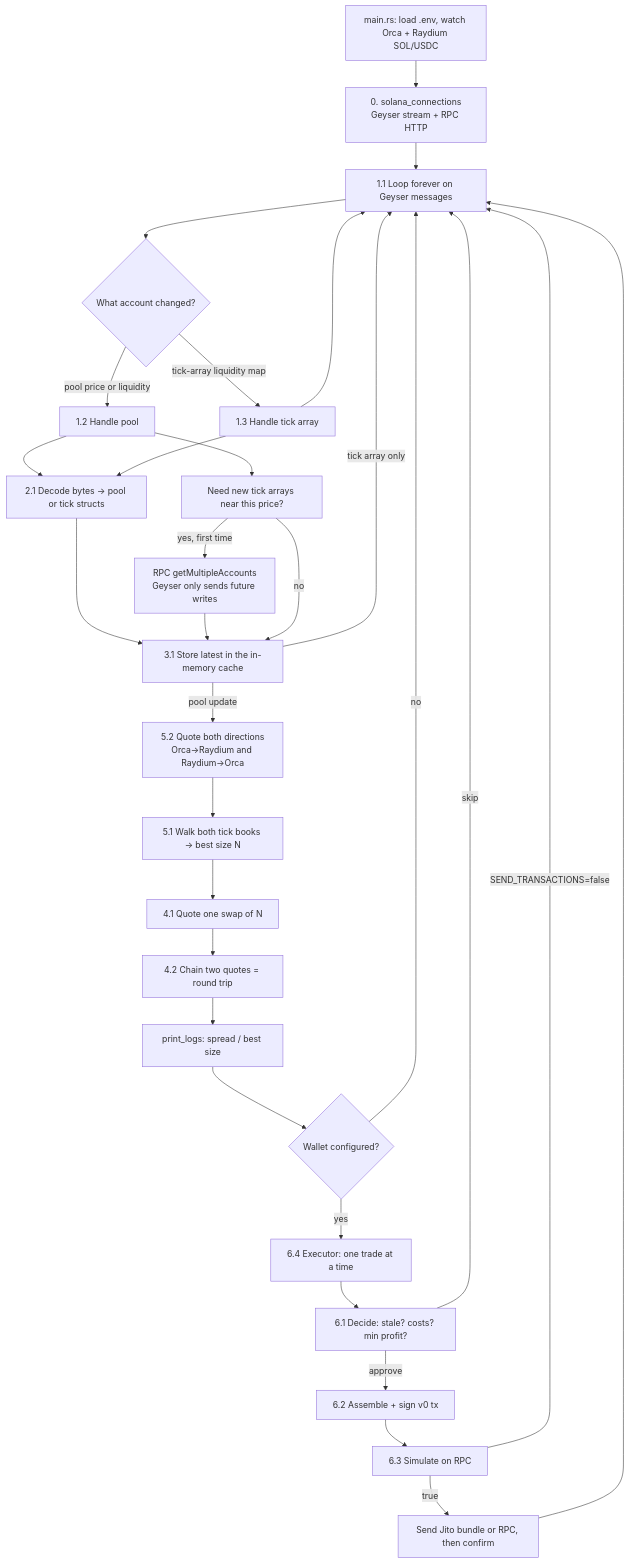
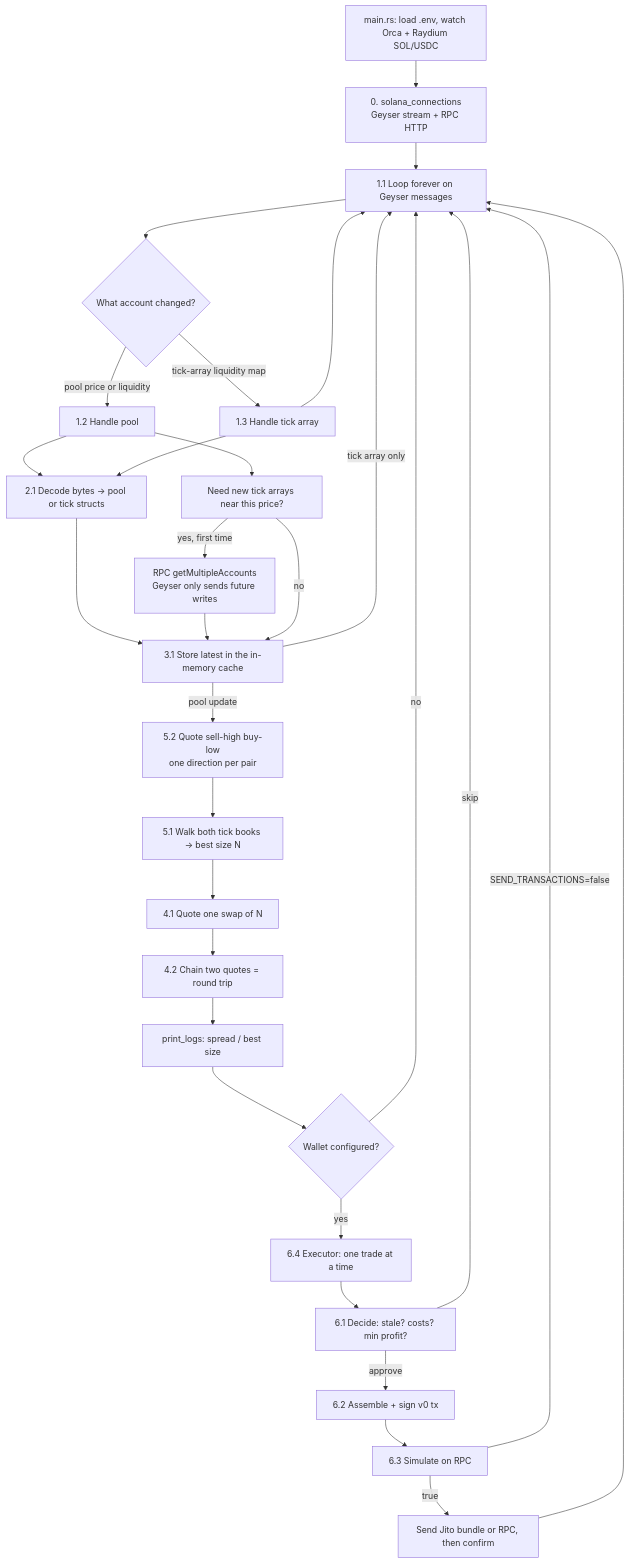
Before and after one commit to viraj-mahida/arb-bot: the diagram in PIPELINE.md, drawn with Mermaid. The commit also changed other lines of this file and 7 other files, not shown here.

First line of the commit message:
Add .DS_Store and update architecture and optimization documentation

````diff
--- a/PIPELINE.md
+++ b/PIPELINE.md
@@ -5,42 +5,42 @@
 ```mermaid
 flowchart TD
   startup["main.rs: load .env, watch Orca + Raydium SOL/USDC"]
   conn["0. solana_connections<br/>Geyser stream + RPC HTTP"]
   loop["1.1 Loop forever on Geyser messages"]
 
   startup --> conn --> loop
 
   loop --> kind{What account changed?}
 
   kind -->|pool price or liquidity| p12["1.2 Handle pool"]
   kind -->|tick-array liquidity map| p13["1.3 Handle tick array"]
 
   p12 --> d2["2.1 Decode bytes → pool or tick structs"]
   p13 --> d2
   d2 --> s3["3.1 Store latest in the in-memory cache"]
 
   p12 --> maybeNew["Need new tick arrays near this price?"]
   maybeNew -->|yes, first time| rpc["RPC getMultipleAccounts<br/>Geyser only sends future writes"]
   rpc --> s3
   maybeNew -->|no| s3
 
   p13 --> loop
   s3 -->|tick array only| loop
 
-  s3 -->|pool update| pair["5.2 Quote both directions<br/>Orca→Raydium and Raydium→Orca"]
+  s3 -->|pool update| pair["5.2 Quote sell-high buy-low<br/>one direction per pair"]
   pair --> size["5.1 Walk both tick books → best size N"]
   size --> q1["4.1 Quote one swap of N"]
   q1 --> q2["4.2 Chain two quotes = round trip"]
   q2 --> logs["print_logs: spread / best size"]
 
   logs --> tradeQ{Wallet configured?}
   tradeQ -->|no| loop
   tradeQ -->|yes| e64["6.4 Executor: one trade at a time"]
   e64 --> d61["6.1 Decide: stale? costs? min profit?"]
   d61 -->|skip| loop
   d61 -->|approve| d62["6.2 Assemble + sign v0 tx"]
   d62 --> d63["6.3 Simulate on RPC"]
   d63 -->|SEND_TRANSACTIONS=false| loop
   d63 -->|true| send["Send Jito bundle or RPC, then confirm"]
   send --> loop
 ```
````
